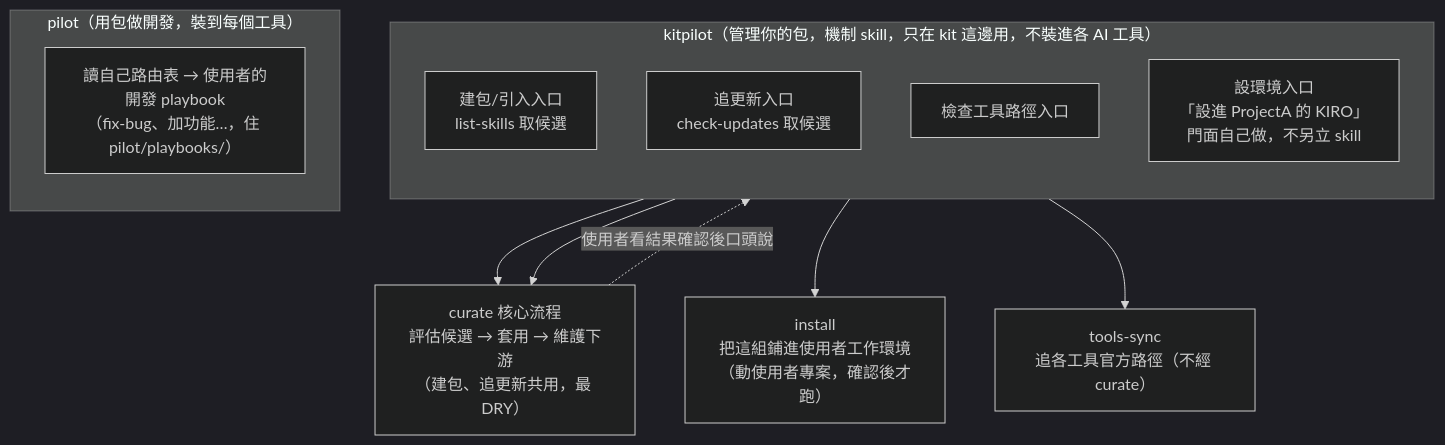
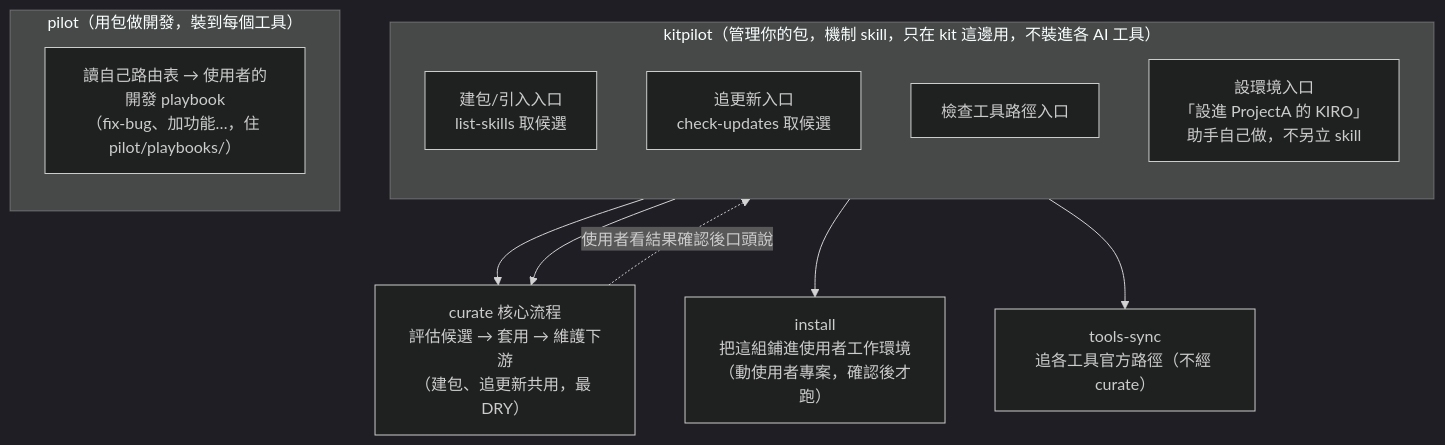
Before and after one commit to richardkuo1999/agent_skill_kit: the second of 4 diagrams in docs/playbook-and-setup-wizard-design.md, drawn with Mermaid (dark theme). The commit also changed other lines of this file and 4 other files, not shown here.

````diff
--- a/docs/playbook-and-setup-wizard-design.md
+++ b/docs/playbook-and-setup-wizard-design.md
@@ -36,20 +36,20 @@
 ```mermaid
 flowchart TD
     subgraph KP["kitpilot（管理你的包，機制 skill，只在 kit 這邊用，不裝進各 AI 工具）"]
         direction TB
         A["建包/引入入口<br/>list-skills 取候選"]
         B["追更新入口<br/>check-updates 取候選"]
         T["檢查工具路徑入口"]
-        I["設環境入口<br/>「設進 ProjectA 的 KIRO」<br/>門面自己做，不另立 skill"]
+        I["設環境入口<br/>「設進 ProjectA 的 KIRO」<br/>助手自己做，不另立 skill"]
     end
     subgraph PL["pilot（用包做開發，裝到每個工具）"]
         direction TB
         P["讀自己路由表 → 使用者的開發 playbook<br/>（fix-bug、加功能…，住 pilot/playbooks/）"]
     end
     A --> C
     B --> C
     C["curate 核心流程<br/>評估候選 → 套用 → 維護下游<br/>（建包、追更新共用，最 DRY）"]
     C -. 使用者看結果確認後口頭說 .-> I
     I --> INST["install<br/>把這組鋪進使用者工作環境<br/>（動使用者專案，確認後才跑）"]
     T --> TS["tools-sync<br/>追各工具官方路徑（不經 curate）"]
 ```
````
